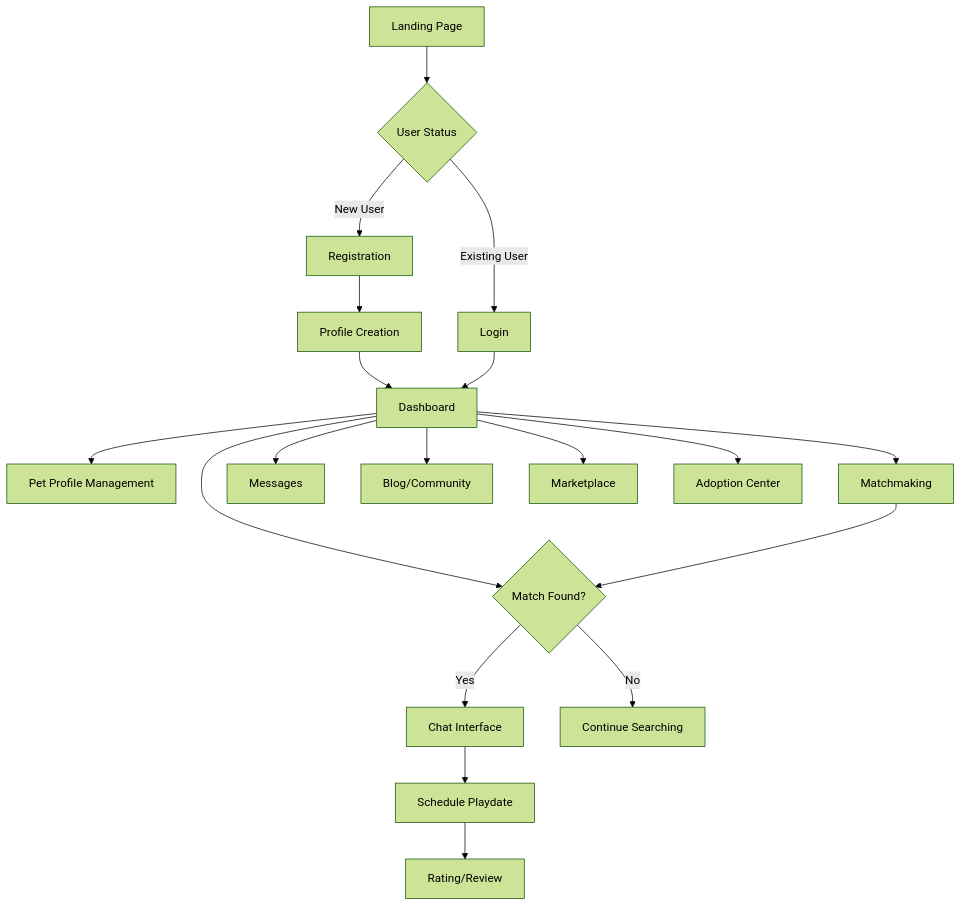
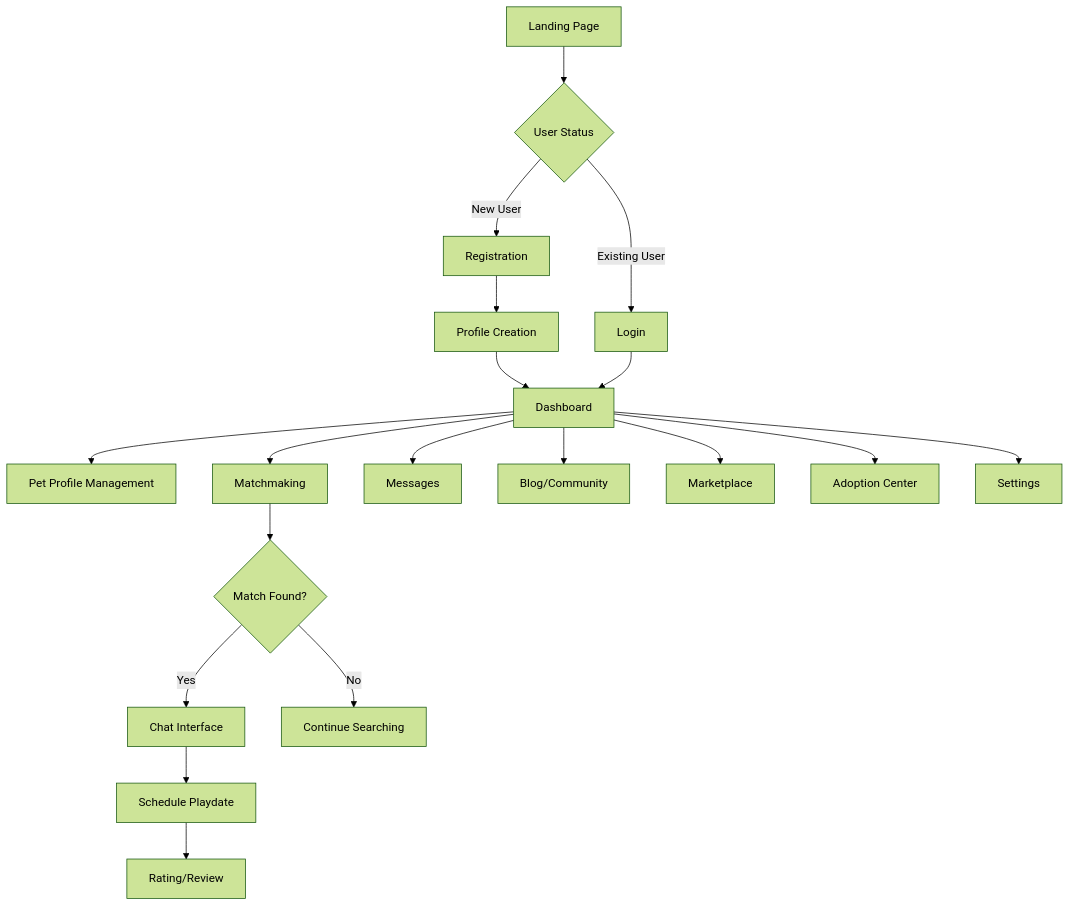
Before and after one commit to xhoiKabashi/Playmates-Documentation: the diagram in README.md, drawn with Mermaid (forest theme).

````diff
--- a/README.md
+++ b/README.md
@@ -92,26 +92,27 @@
 ```mermaid
 graph TD
     A[Landing Page] --> B{User Status}
     B -->|New User| C[Registration]
     B -->|Existing User| D[Login]
     
     C --> E[Profile Creation]
     E --> F[Dashboard]
     D --> F[Dashboard]
     
     F --> G[Pet Profile Management]
     F --> H[Matchmaking]
     F --> I[Messages]
     F --> J[Blog/Community]
     F --> K[Marketplace]
     F --> L[Adoption Center]
-    F --> M[Settings]
+    F --> S[Settings]
+
 
     
     H --> M{Match Found?}
     M -->|Yes| N[Chat Interface]
     M -->|No| O[Continue Searching]
     
     N --> P[Schedule Playdate]
     P --> Q[Rating/Review]
 ```
````
